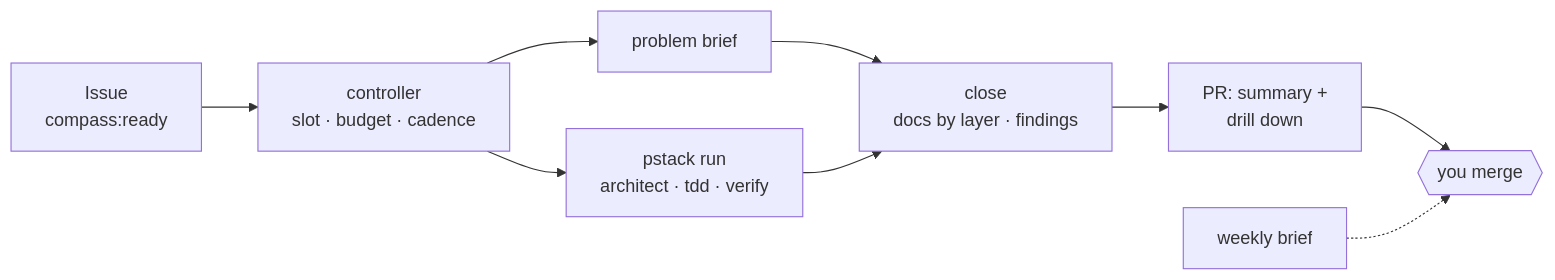
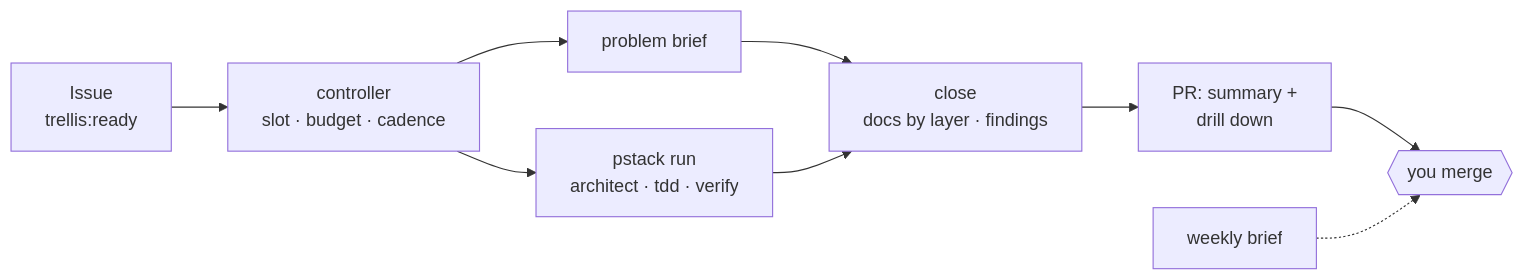
The diagram in README.md (dkoenawan/compass-labs), drawn with Mermaid before and after one commit. The commit also changed other lines of this file and 78 other files, not shown here.

````diff
--- a/README.md
+++ b/README.md
@@ -7,11 +7,11 @@
 ```mermaid
 flowchart LR
-  I[Issue<br/>compass:ready] --> C[controller<br/>slot · budget · cadence]
+  I[Issue<br/>trellis:ready] --> C[controller<br/>slot · budget · cadence]
   C --> B[problem brief]
   C --> P[pstack run<br/>architect · tdd · verify]
   B --> X[close<br/>docs by layer · findings]
   P --> X
   X --> PR[PR: summary +<br/>drill down]
   PR --> M{{you merge}}
   W[weekly brief] -.-> M
 ```
````
